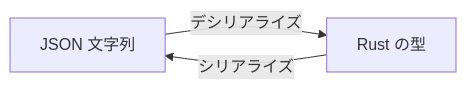
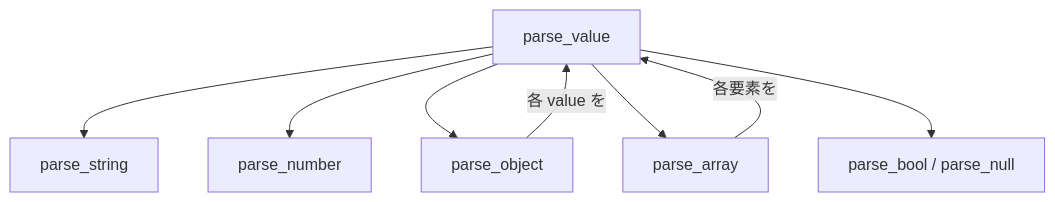
One commit to naitokosuke/ssotyle changed the first of 2 diagrams in docs/03-hello-token.md. Above: the diagram before and after it, drawn with Mermaid. The commit also changed other lines of this file and 1 other file, not shown here.

````diff
--- a/docs/03-hello-token.md
+++ b/docs/03-hello-token.md
@@ -88,5 +120,10 @@
 ```mermaid
-graph LR
-    A["JSON 文字列"] -->|デシリアライズ| B["Rust の型"]
-    B -->|シリアライズ| A
+graph TD
+    A["parse_value"] --> B["parse_string"]
+    A --> C["parse_number"]
+    A --> D["parse_object"]
+    A --> E["parse_array"]
+    A --> F["parse_bool / parse_null"]
+    D -->|各 value を| A
+    E -->|各要素を| A
 ```
````
